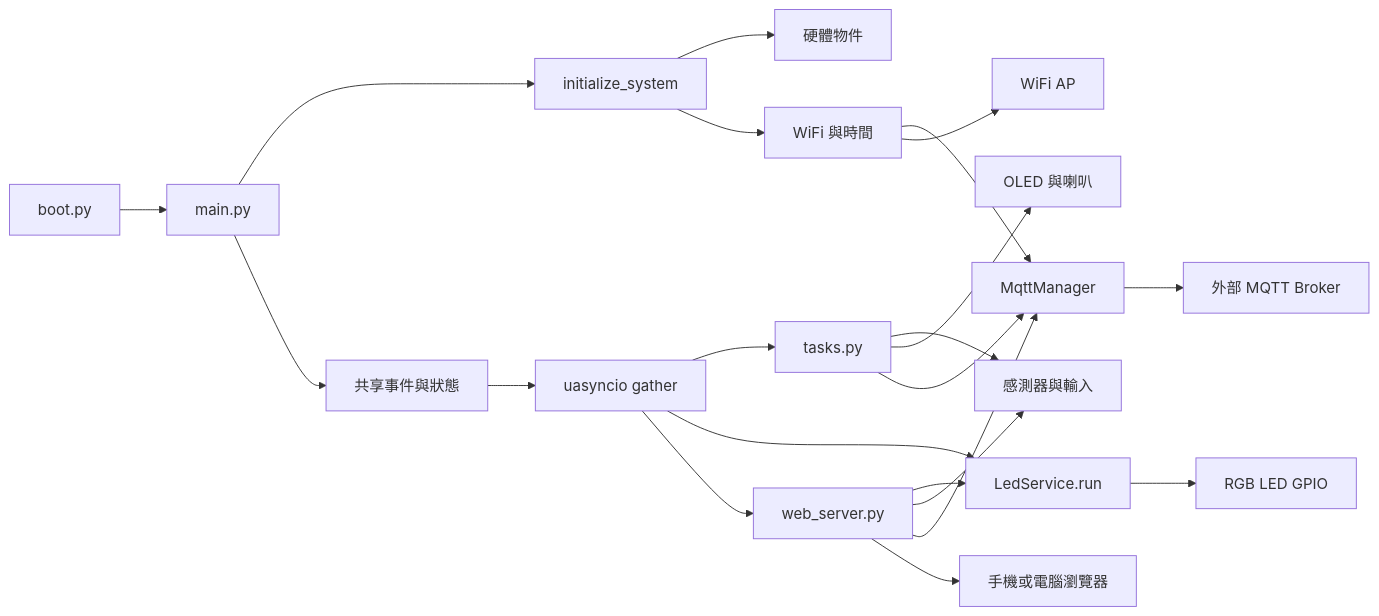
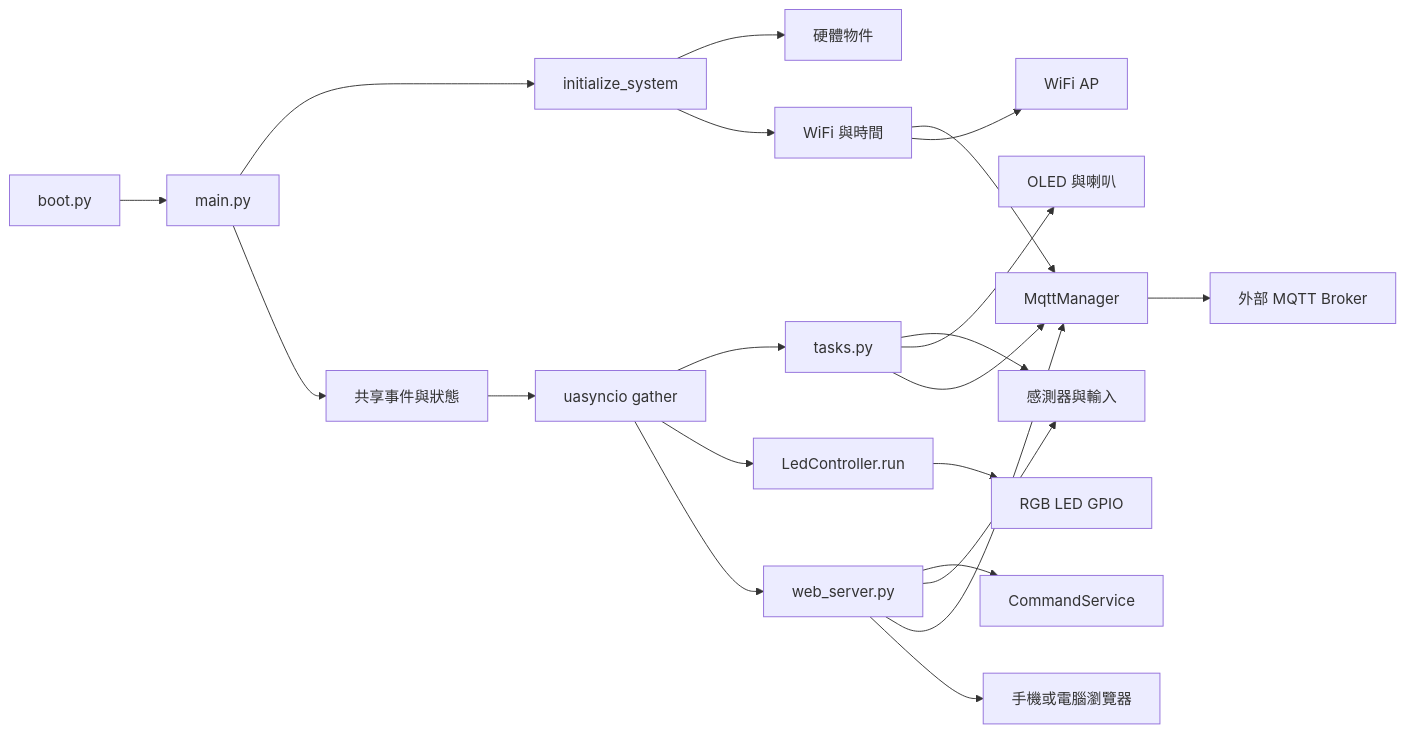
The diagram in SYSTEM_ARCHITECTURE.md (change918418-tech/IoT_Course), drawn with Mermaid before and after one commit. The commit also changed other lines of this file and 25 other files, not shown here.

Commit message:
feat: integrate P1 sensor and LED command services

````diff
--- a/SYSTEM_ARCHITECTURE.md
+++ b/SYSTEM_ARCHITECTURE.md
@@ -27,23 +27,23 @@
 ```mermaid
 flowchart LR
     Boot[boot.py] --> Main[main.py]
     Main --> Init[initialize_system]
     Init --> Hardware[硬體物件]
     Init --> Wifi[WiFi 與時間]
     Wifi --> Mqtt[MqttManager]
     Main --> Runtime[共享事件與狀態]
     Runtime --> Scheduler[uasyncio gather]
     Scheduler --> Tasks[tasks.py]
-    Scheduler --> LedOwner[LedService.run]
+    Scheduler --> LedOwner[LedController.run]
     Scheduler --> Web[web_server.py]
     Tasks --> Sensors[感測器與輸入]
     Tasks --> Display[OLED 與喇叭]
     Tasks --> Mqtt
-    Web --> LedOwner
+    Web --> Command[CommandService]
     Web --> Sensors
     Web --> Mqtt
     LedOwner --> Rgb[RGB LED GPIO]
     Mqtt --> Broker[外部 MQTT Broker]
     Wifi --> Ap[WiFi AP]
     Web --> Browser[手機或電腦瀏覽器]
 ```
````
